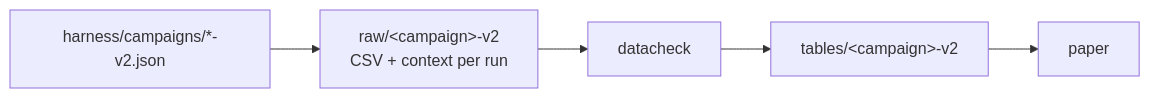
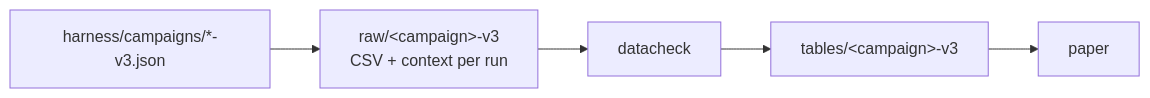
One commit to DavidCCoimbra/Scalability-of-Parallel-Code-in-WebAssembly-in-the-Browser-vs-Native changed the diagram in data/README.md. Above: the diagram before and after it, drawn with Mermaid. The commit also changed other lines of this file and 48431 other files, not shown here.

````diff
--- a/data/README.md
+++ b/data/README.md
@@ -31,7 +45,7 @@
 ```mermaid
 flowchart LR
-    spec["harness/campaigns/*-v2.json"] --> raw["raw/&lt;campaign&gt;-v2<br/>CSV + context per run"]
+    spec["harness/campaigns/*-v3.json"] --> raw["raw/&lt;campaign&gt;-v3<br/>CSV + context per run"]
     raw --> check["datacheck"]
-    check --> tables["tables/&lt;campaign&gt;-v2"]
+    check --> tables["tables/&lt;campaign&gt;-v3"]
     tables --> paper["paper"]
 ```
````
